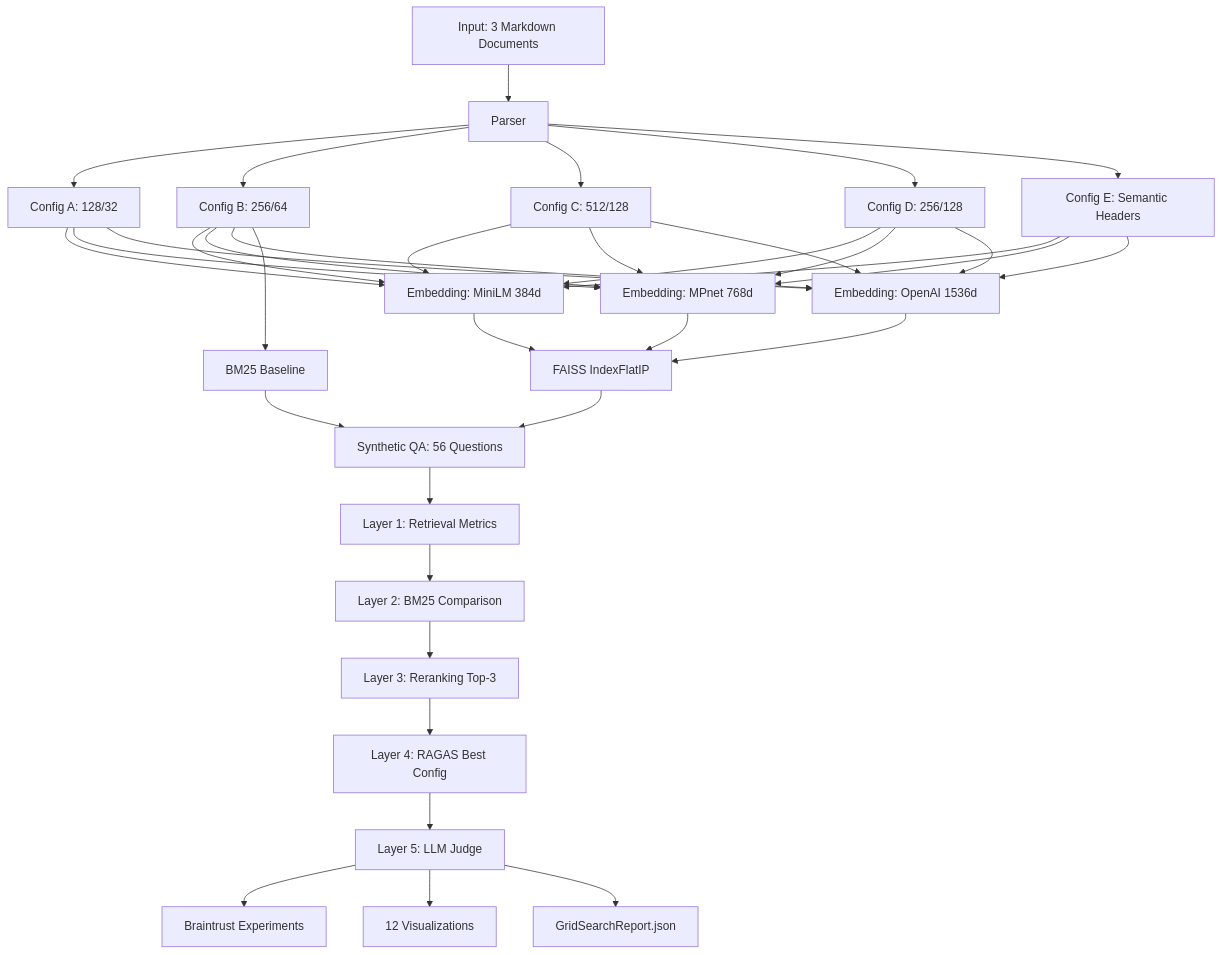
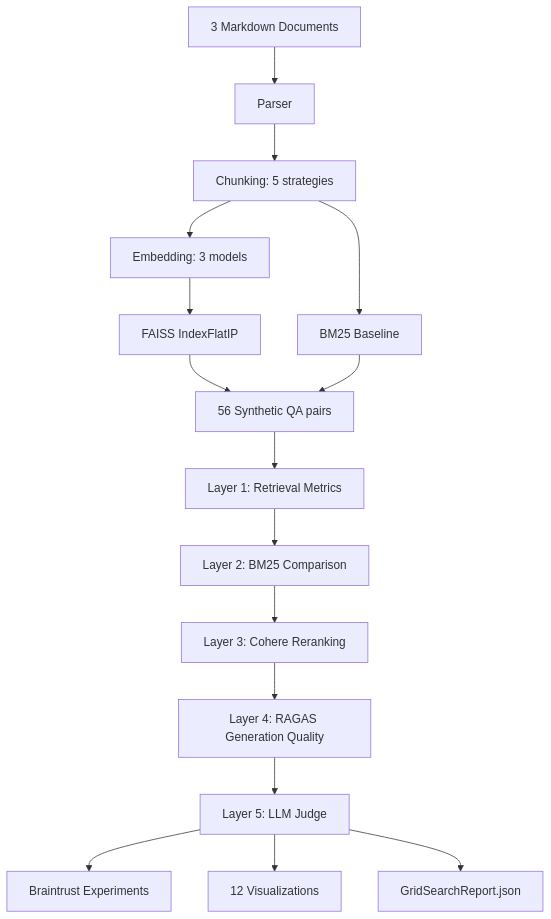
One commit to rubsj/ai-portfolio changed the diagram in 02-rag-evaluation/README.md. Above: the diagram before and after it, drawn with Mermaid. The commit also changed other lines of this file and 4 other files, not shown here.

````diff
--- a/02-rag-evaluation/README.md
+++ b/02-rag-evaluation/README.md
@@ -49,28 +59,20 @@
 ```mermaid
 graph TB
-    A[Input: 3 Markdown Documents] --> B[Parser]
-    B --> C1[Config A: 128/32]
-    B --> C2[Config B: 256/64]
-    B --> C3[Config C: 512/128]
-    B --> C4[Config D: 256/128]
-    B --> C5[Config E: Semantic Headers]
-
-    C1 & C2 & C3 & C4 & C5 --> E1[Embedding: MiniLM 384d]
-    C1 & C2 & C3 & C4 & C5 --> E2[Embedding: MPnet 768d]
-    C1 & C2 & C3 & C4 & C5 --> E3[Embedding: OpenAI 1536d]
-    C2 --> BM25[BM25 Baseline]
-
-    E1 & E2 & E3 --> F[FAISS IndexFlatIP]
-    F --> G[Synthetic QA: 56 Questions]
+    A[3 Markdown Documents] --> B[Parser]
+    B --> C[Chunking: 5 strategies]
+    C --> D[Embedding: 3 models]
+    C --> BM25[BM25 Baseline]
+    D --> F[FAISS IndexFlatIP]
+    F --> G[56 Synthetic QA pairs]
     BM25 --> G
 
     G --> H1[Layer 1: Retrieval Metrics]
     H1 --> H2[Layer 2: BM25 Comparison]
-    H2 --> H3[Layer 3: Reranking Top-3]
-    H3 --> H4[Layer 4: RAGAS Best Config]
+    H2 --> H3[Layer 3: Cohere Reranking]
+    H3 --> H4[Layer 4: RAGAS Generation Quality]
     H4 --> H5[Layer 5: LLM Judge]
 
     H5 --> I[Braintrust Experiments]
     H5 --> J[12 Visualizations]
     H5 --> K[GridSearchReport.json]
 ```
````
